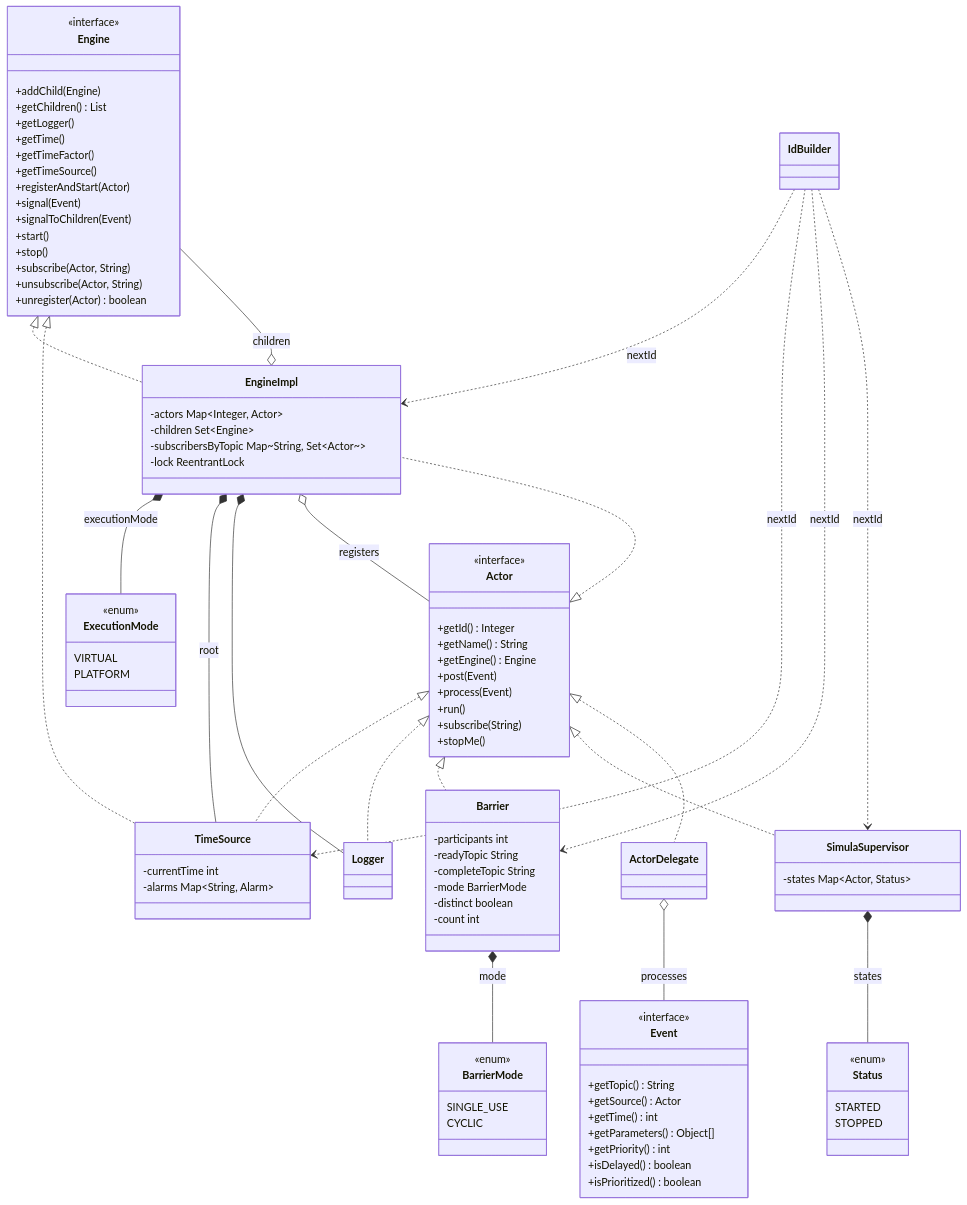
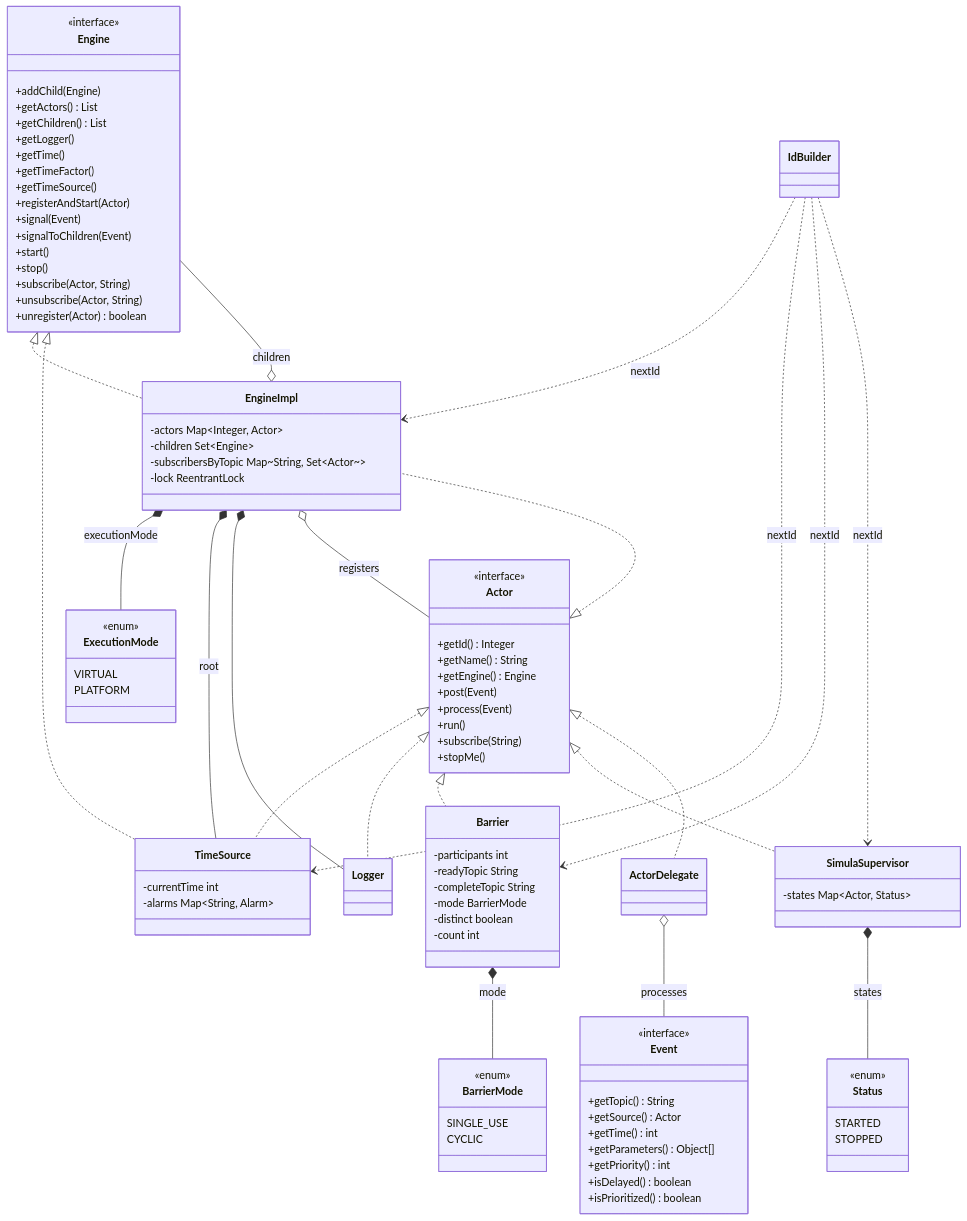
One commit to JPnCo/simula changed the first of 4 diagrams in architecture.md. Above: the diagram before and after it, drawn with Mermaid. The commit also changed other lines of this file and 6 other files, not shown here.

Commit message:
Add getActors() accessor exposing engine actors ordered by id

```diff
--- a/architecture.md
+++ b/architecture.md
@@ -15,6 +15,7 @@
     class Engine {
         <<interface>>
         +addChild(Engine)
+        +getActors() List
         +getChildren() List
         +getLogger()
         +getTime()
```
